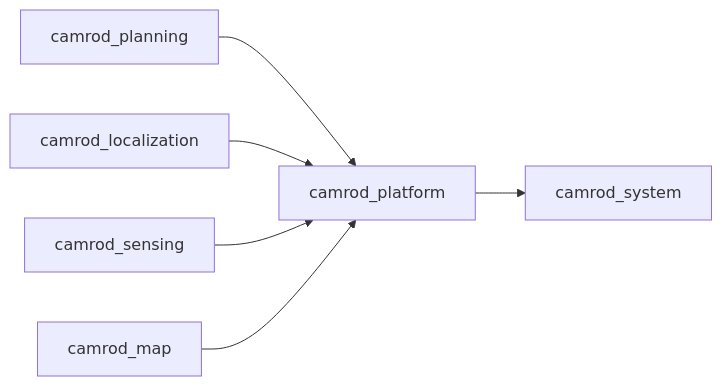
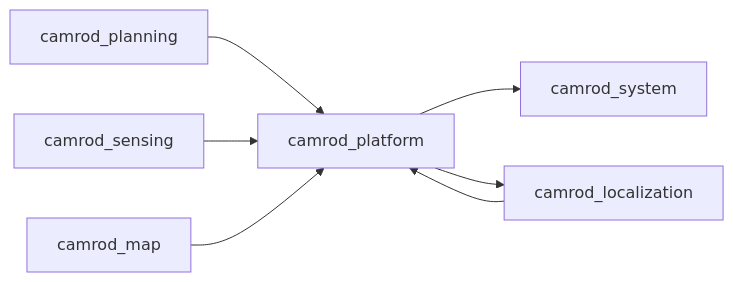
The second of 2 diagrams in camrod_platform/README.md (hwanhonglee/CAMROD), drawn with Mermaid before and after one commit. The commit also changed other lines of this file and 15 other files, not shown here.

````diff
--- a/camrod_platform/README.md
+++ b/camrod_platform/README.md
@@ -32,8 +69,9 @@
 ```mermaid
 graph LR
-  PLAN[camrod_planning] --> PLATFORM[camrod_platform]
-  LOC[camrod_localization] --> PLATFORM
-  SENSING[camrod_sensing] --> PLATFORM
-  MAP[camrod_map] --> PLATFORM
-  PLATFORM --> SYSTEM[camrod_system]
+  PLAN[camrod_planning] --> PLAT[camrod_platform]
+  LOC[camrod_localization] --> PLAT
+  SENS[camrod_sensing] --> PLAT
+  MAP[camrod_map] --> PLAT
+  PLAT --> SYS[camrod_system]
+  PLAT --> LOC
 ```
````
